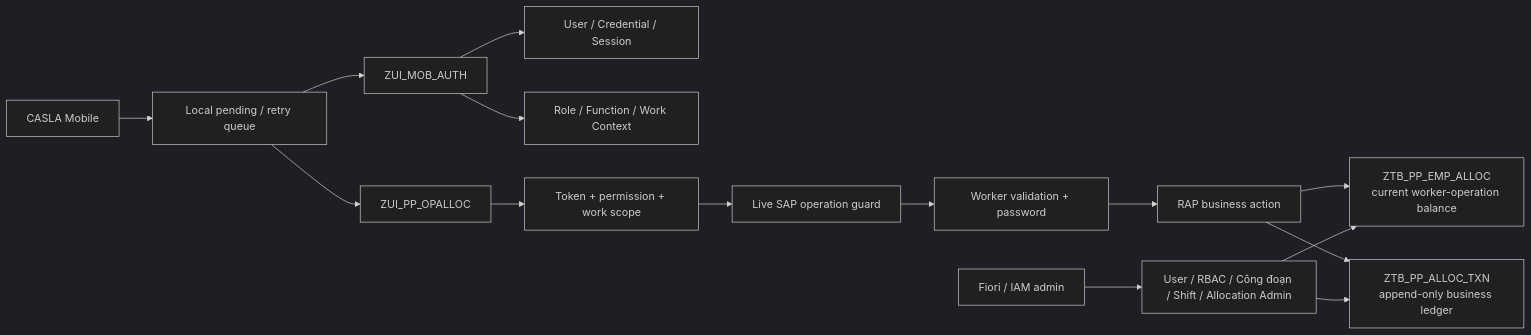
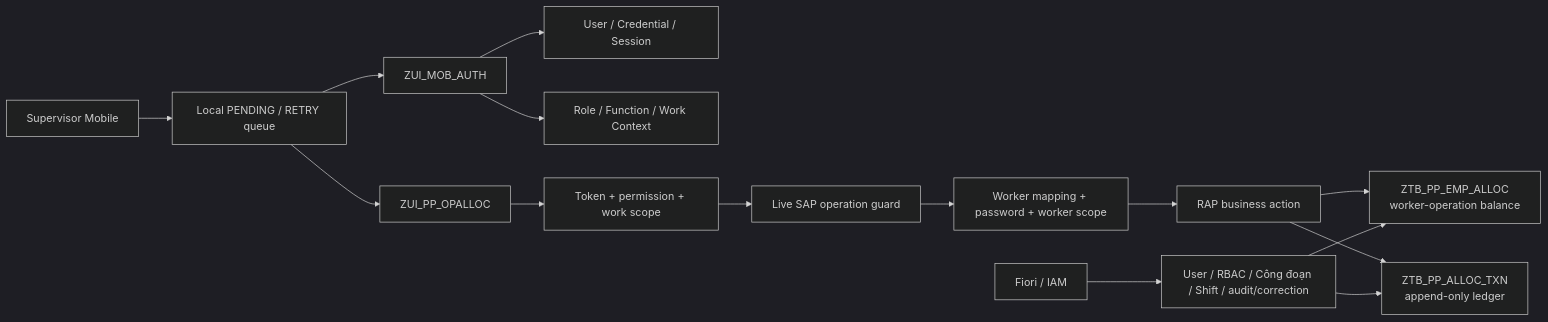
The third of 4 diagrams in README.md (nguyenduckhiem1002-dot/abap_casla_app_mobile), drawn with Mermaid (dark theme) before and after one commit. The commit also changed other lines of this file, not shown here.

Commit message:
docs: clarify canonical supervisor production flow

````diff
--- a/README.md
+++ b/README.md
@@ -29,21 +108,21 @@
 ```mermaid
 flowchart LR
-    Mobile["CASLA Mobile"] --> Queue["Local pending / retry queue"]
+    Mobile["Supervisor Mobile"] --> Queue["Local PENDING / RETRY queue"]
     Queue --> Auth["ZUI_MOB_AUTH"]
     Queue --> PP["ZUI_PP_OPALLOC"]
 
     Auth --> Identity["User / Credential / Session"]
     Auth --> RBAC["Role / Function / Work Context"]
 
     PP --> Guard["Token + permission + work scope"]
     Guard --> SapGuard["Live SAP operation guard"]
-    SapGuard --> Worker["Worker validation + password"]
+    SapGuard --> Worker["Worker mapping + password + worker scope"]
     Worker --> Action["RAP business action"]
 
-    Action --> Balance["ZTB_PP_EMP_ALLOC\ncurrent worker-operation balance"]
-    Action --> Ledger["ZTB_PP_ALLOC_TXN\nappend-only business ledger"]
+    Action --> Balance["ZTB_PP_EMP_ALLOC\nworker-operation balance"]
+    Action --> Ledger["ZTB_PP_ALLOC_TXN\nappend-only ledger"]
 
-    Fiori["Fiori / IAM admin"] --> Admin["User / RBAC / Công đoạn / Shift / Allocation Admin"]
+    Fiori["Fiori / IAM"] --> Admin["User / RBAC / Công đoạn / Shift / audit/correction"]
     Admin --> Balance
     Admin --> Ledger
 ```
````
